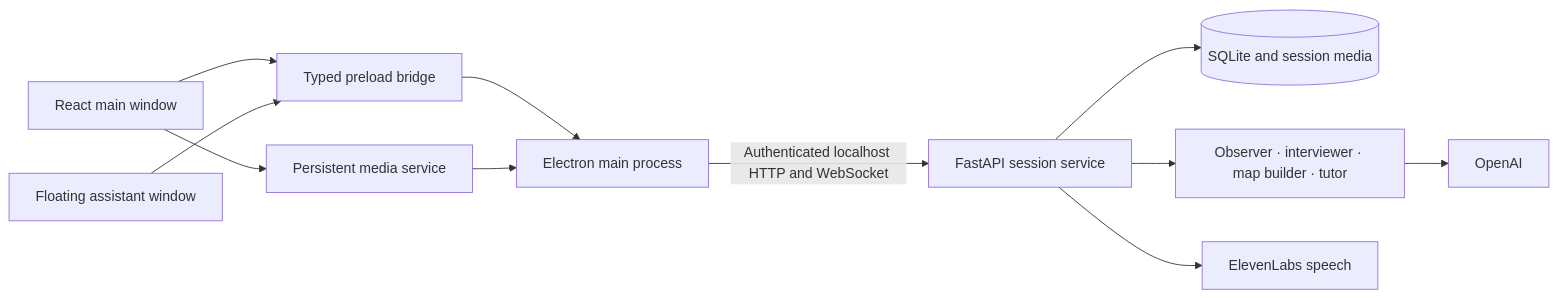
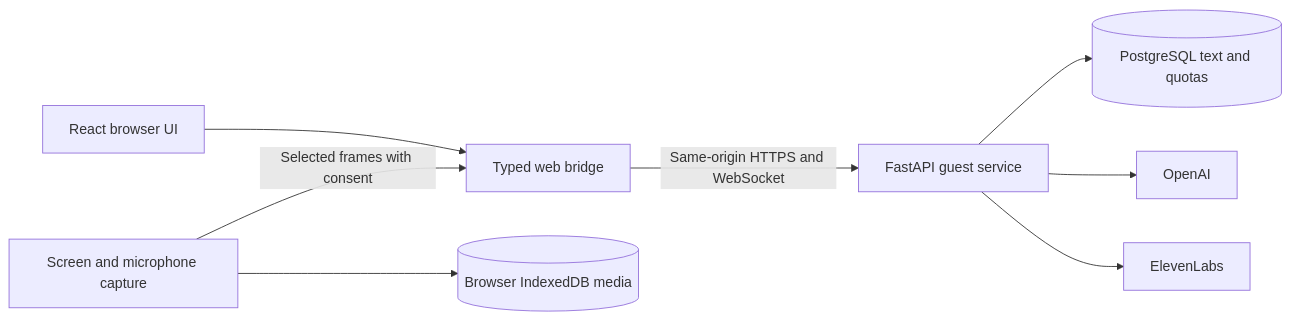
One commit to nsbarnett/hack-nation_eleven-labs changed the diagram in README.md. Above: the diagram before and after it, drawn with Mermaid. The commit also changed other lines of this file, not shown here.

Commit message:
docs: make browser edition the primary README

````diff
--- a/README.md
+++ b/README.md
@@ -80,13 +46,10 @@
 ```mermaid
 flowchart LR
-    MainUI[React main window] --> Preload[Typed preload bridge]
-    Orb[Floating assistant window] --> Preload
-    Preload --> Electron[Electron main process]
-    MainUI --> Capture[Persistent media service]
-    Capture --> Electron
-    Electron -->|Authenticated localhost HTTP and WebSocket| Python[FastAPI session service]
-    Python --> Store[(SQLite and session media)]
-    Python --> Roles[Observer · interviewer · map builder · tutor]
-    Roles --> OpenAI[OpenAI]
-    Python --> ElevenLabs[ElevenLabs speech]
+    UI[React browser UI] --> Bridge[Typed web bridge]
+    Capture[Screen and microphone capture] --> Local[(Browser IndexedDB media)]
+    Capture -->|Selected frames with consent| Bridge
+    Bridge -->|Same-origin HTTPS and WebSocket| API[FastAPI guest service]
+    API --> DB[(PostgreSQL text and quotas)]
+    API --> AI[OpenAI]
+    API --> Voice[ElevenLabs]
 ```
````
